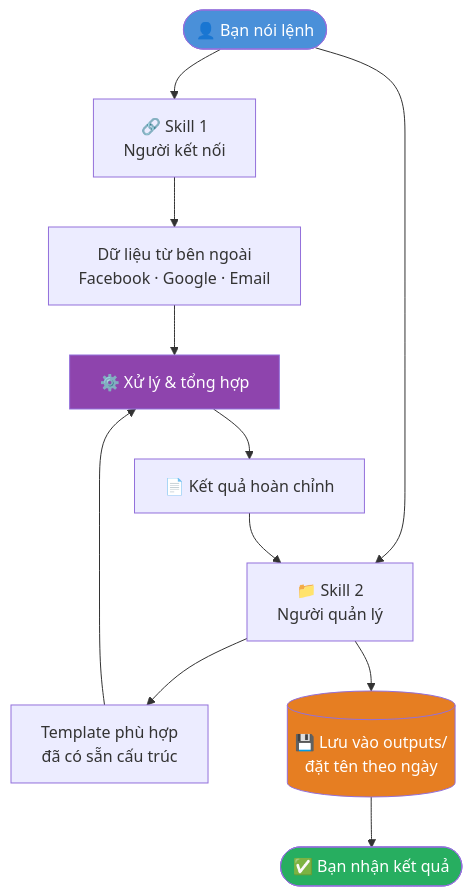
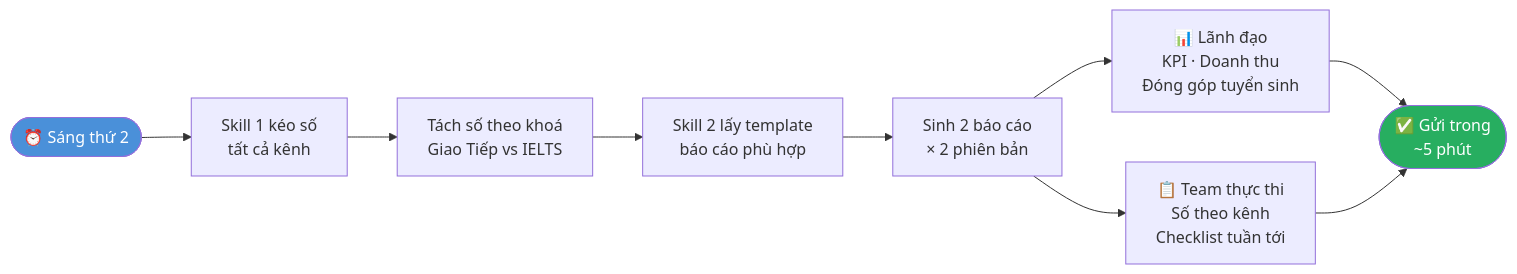
The sixth of 7 diagrams in README.md (bochidung642-blip/1-kh-ng-gian-l-m-vi-c-c-nh-n-v-i-c-c-skills), drawn with Mermaid before and after one commit. The commit also changed other lines of this file, not shown here.

````diff
--- a/README.md
+++ b/README.md
@@ -93,24 +142,20 @@
 ```mermaid
-flowchart TD
-    U(["👤 Bạn nói lệnh"])
+flowchart LR
+    A(["⏰ Sáng thứ 2"]) --> B["Skill 1 kéo số\ntất cả kênh"]
 
-    U --> S1["🔗 Skill 1\nNgười kết nối"]
-    U --> S2["📁 Skill 2\nNgười quản lý"]
+    B --> C["Tách số theo khoá\nGiao Tiếp vs IELTS"]
 
-    S1 --> D1["Dữ liệu từ bên ngoài\nFacebook · Google · Email"]
-    S2 --> D2["Template phù hợp\nđã có sẵn cấu trúc"]
+    C --> D["Skill 2 lấy template\nbáo cáo phù hợp"]
 
-    D1 --> W["⚙️ Xử lý & tổng hợp"]
-    D2 --> W
+    D --> E["Sinh 2 báo cáo\n× 2 phiên bản"]
 
-    W --> OUT["📄 Kết quả hoàn chỉnh"]
-    OUT --> S2
-    S2 --> SAVE[("💾 Lưu vào outputs/\nđặt tên theo ngày")]
+    E --> F["📊 Lãnh đạo\nKPI · Doanh thu\nĐóng góp tuyển sinh"]
 
-    SAVE --> U2(["✅ Bạn nhận kết quả"])
+    E --> G["📋 Team thực thi\nSố theo kênh\nChecklist tuần tới"]
 
-    style U fill:#4A90D9,color:#fff
-    style U2 fill:#27AE60,color:#fff
-    style W fill:#8E44AD,color:#fff
-    style SAVE fill:#E67E22,color:#fff
+    F --> H(["✅ Gửi trong\n~5 phút"])
+    G --> H
+
+    style A fill:#4A90D9,color:#fff
+    style H fill:#27AE60,color:#fff
 ```
````
